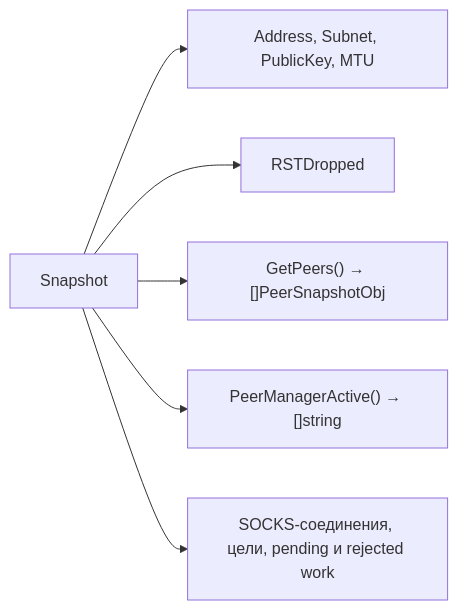
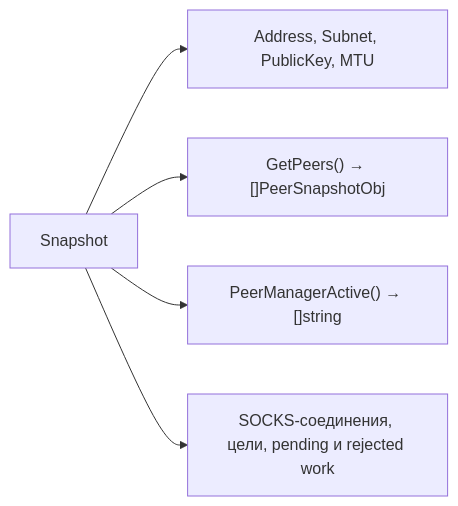
One commit to voluminor/ratatoskr changed the fourth of 6 diagrams in README.RU.md. Above: the diagram before and after it, drawn with Mermaid. The commit also changed other lines of this file and 108 other files, not shown here.

````diff
--- a/README.RU.md
+++ b/README.RU.md
@@ -354,8 +370,7 @@
 ```mermaid
 flowchart LR
   Snapshot --> Addr["Address, Subnet, PublicKey, MTU"]
-  Snapshot --> RST["RSTDropped"]
   Snapshot --> Peers["GetPeers() → []PeerSnapshotObj"]
   Snapshot --> Active["PeerManagerActive() → []string"]
   Snapshot --> SOCKS["SOCKS-соединения, цели, pending и rejected work"]
 ```
````
